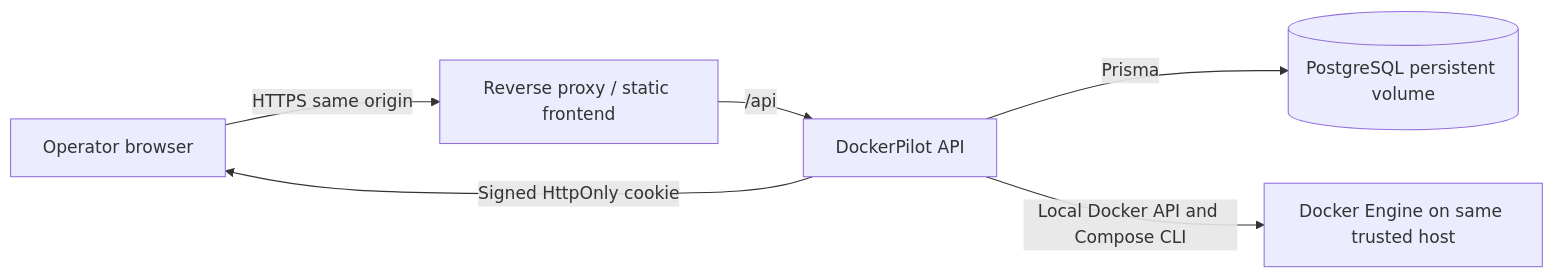
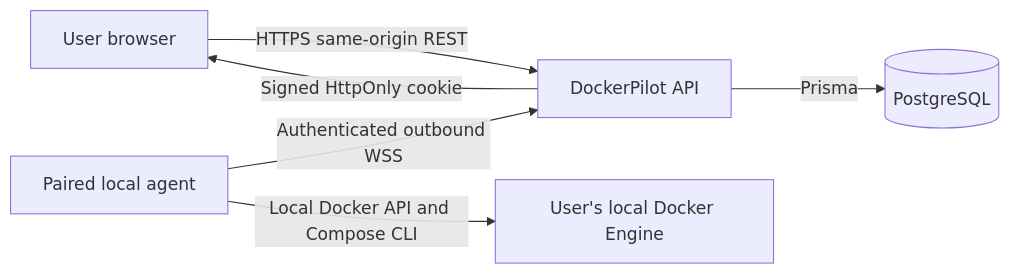
Before and after one commit to Harshil1307/DockerPilot: the diagram in docs/production-architecture.md, drawn with Mermaid. The commit also changed other lines of this file and 12 other files, not shown here.

````diff
--- a/docs/production-architecture.md
+++ b/docs/production-architecture.md
@@ -9,8 +9,8 @@
 ```mermaid
 flowchart LR
-  Browser[Operator browser] -->|HTTPS same origin| Proxy[Reverse proxy / static frontend]
-  Proxy -->|/api| API[DockerPilot API]
-  API -->|Prisma| DB[(PostgreSQL persistent volume)]
-  API -->|Local Docker API and Compose CLI| Engine[Docker Engine on same trusted host]
+  Browser[User browser] -->|HTTPS same-origin REST| API[DockerPilot API]
+  API -->|Prisma| DB[(PostgreSQL)]
+  Agent[Paired local agent] -->|Authenticated outbound WSS| API
+  Agent -->|Local Docker API and Compose CLI| Engine[User's local Docker Engine]
   API -->|Signed HttpOnly cookie| Browser
 ```
````
